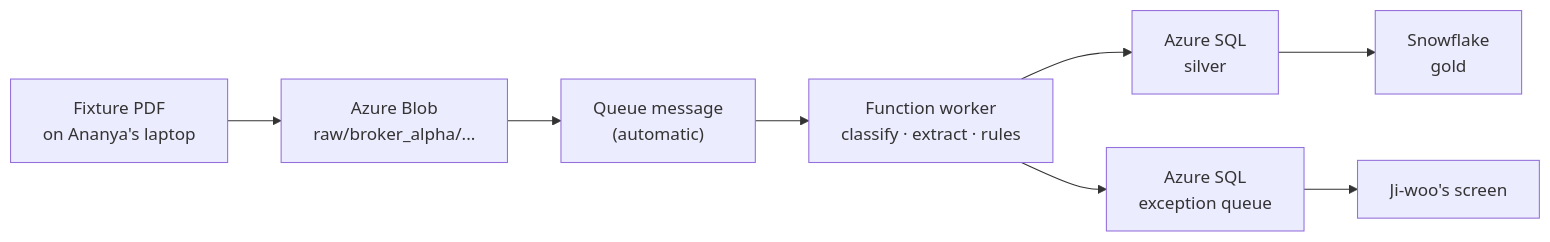
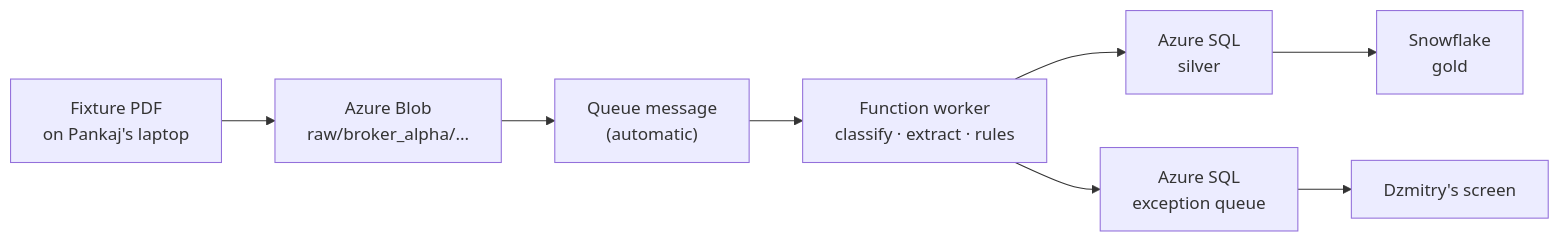
One commit to hemsingh81/learning-system-designs changed the diagram in AI-Agile-Development/Case-Study/Python-ETL/07-sprint-3-verify.md. Above: the diagram before and after it, drawn with Mermaid. The commit also changed other lines of this file and 99 other files, not shown here.

````diff
--- a/AI-Agile-Development/Case-Study/Python-ETL/07-sprint-3-verify.md
+++ b/AI-Agile-Development/Case-Study/Python-ETL/07-sprint-3-verify.md
@@ -37,10 +37,10 @@
 ```mermaid
 flowchart LR
-    F["Fixture PDF<br/>on Ananya's laptop"] --> B["Azure Blob<br/>raw/broker_alpha/..."]
+    F["Fixture PDF<br/>on Pankaj's laptop"] --> B["Azure Blob<br/>raw/broker_alpha/..."]
     B --> Q["Queue message<br/>(automatic)"]
     Q --> W["Function worker<br/>classify · extract · rules"]
     W --> S["Azure SQL<br/>silver"]
     W --> X["Azure SQL<br/>exception queue"]
     S --> G["Snowflake<br/>gold"]
-    X --> U["Ji-woo's screen"]
+    X --> U["Dzmitry's screen"]
 ```
````
